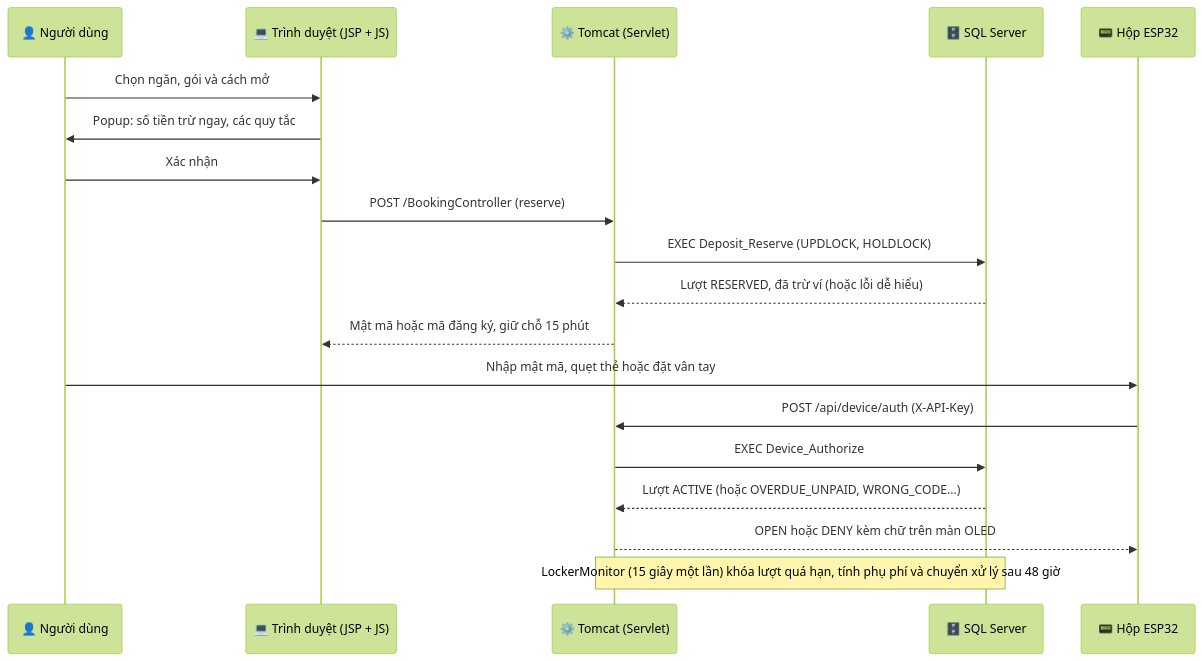
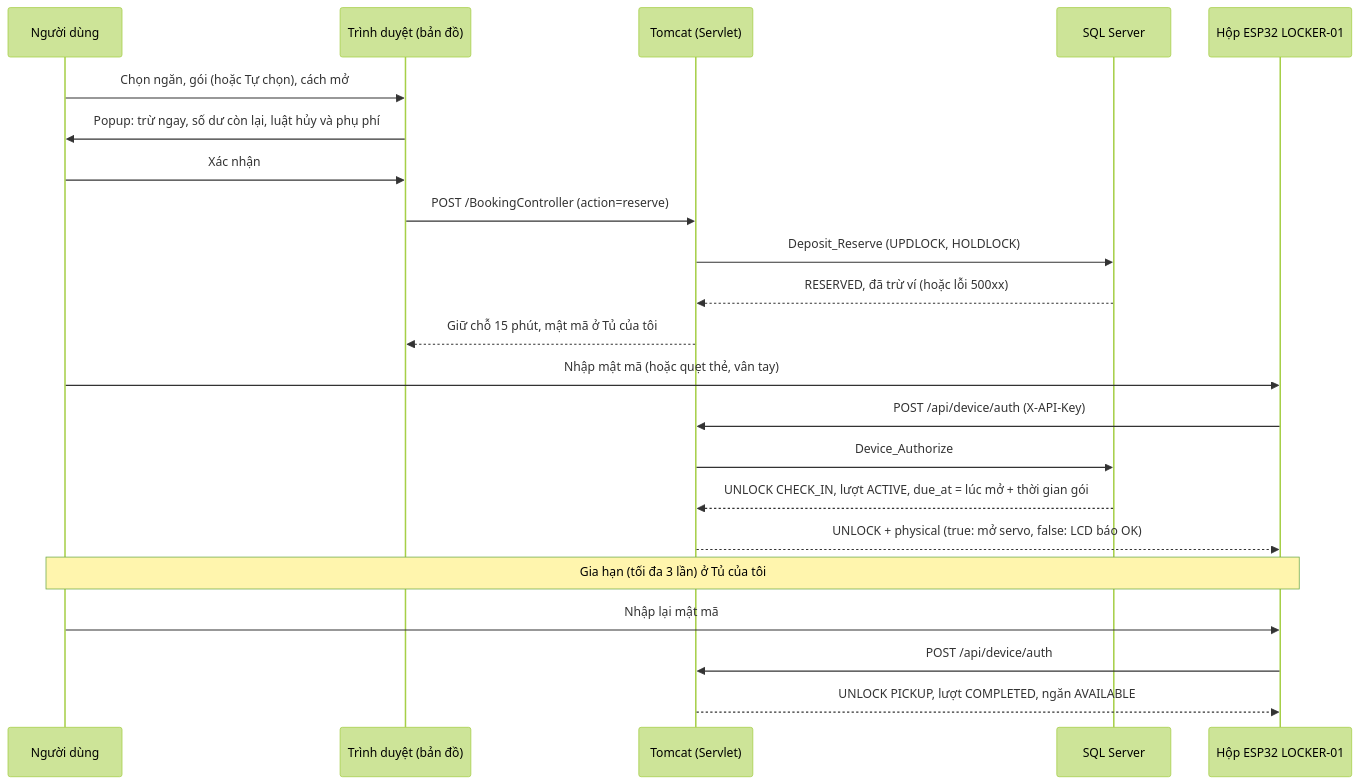
One commit to HoangDuc1003/SmartLocker changed the first of 4 diagrams in README.md. Above: the diagram before and after it, drawn with Mermaid (forest theme). The commit also changed other lines of this file and 40 other files, not shown here.

First line of the commit message:
Add demo_box.sql script for managing SmartLocker device and banks

````diff
--- a/README.md
+++ b/README.md
@@ -59,22 +293,25 @@
 ```mermaid
 sequenceDiagram
-    participant User as 👤 Người dùng
-    participant Web as 💻 Trình duyệt (JSP + JS)
-    participant App as ⚙️ Tomcat (Servlet)
-    participant DB as 🗄️ SQL Server
-    participant Device as 📟 Hộp ESP32
+    participant U as Người dùng
+    participant W as Trình duyệt (bản đồ)
+    participant S as Tomcat (Servlet)
+    participant D as SQL Server
+    participant B as Hộp ESP32 LOCKER-01
 
-    User->>Web: Chọn ngăn, gói và cách mở
-    Web->>User: Popup: số tiền trừ ngay, các quy tắc
-    User->>Web: Xác nhận
-    Web->>App: POST /BookingController (reserve)
-    App->>DB: EXEC Deposit_Reserve (UPDLOCK, HOLDLOCK)
-    DB-->>App: Lượt RESERVED, đã trừ ví (hoặc lỗi dễ hiểu)
-    App-->>Web: Mật mã hoặc mã đăng ký, giữ chỗ 15 phút
-    User->>Device: Nhập mật mã, quẹt thẻ hoặc đặt vân tay
-    Device->>App: POST /api/device/auth (X-API-Key)
-    App->>DB: EXEC Device_Authorize
-    DB-->>App: Lượt ACTIVE (hoặc OVERDUE_UNPAID, WRONG_CODE...)
-    App-->>Device: OPEN hoặc DENY kèm chữ trên màn OLED
-    Note over App,DB: LockerMonitor (15 giây một lần) khóa lượt quá hạn, tính phụ phí và chuyển xử lý sau 48 giờ
+    U->>W: Chọn ngăn, gói (hoặc Tự chọn), cách mở
+    W->>U: Popup: trừ ngay, số dư còn lại, luật hủy và phụ phí
+    U->>W: Xác nhận
+    W->>S: POST /BookingController (action=reserve)
+    S->>D: Deposit_Reserve (UPDLOCK, HOLDLOCK)
+    D-->>S: RESERVED, đã trừ ví (hoặc lỗi 500xx)
+    S-->>W: Giữ chỗ 15 phút, mật mã ở Tủ của tôi
+    U->>B: Nhập mật mã (hoặc quẹt thẻ, vân tay)
+    B->>S: POST /api/device/auth (X-API-Key)
+    S->>D: Device_Authorize
+    D-->>S: UNLOCK CHECK_IN, lượt ACTIVE, due_at = lúc mở + thời gian gói
+    S-->>B: UNLOCK + physical (true: mở servo, false: LCD báo OK)
+    Note over U,B: Gia hạn (tối đa 3 lần) ở Tủ của tôi
+    U->>B: Nhập lại mật mã
+    B->>S: POST /api/device/auth
+    S-->>B: UNLOCK PICKUP, lượt COMPLETED, ngăn AVAILABLE
 ```
````
